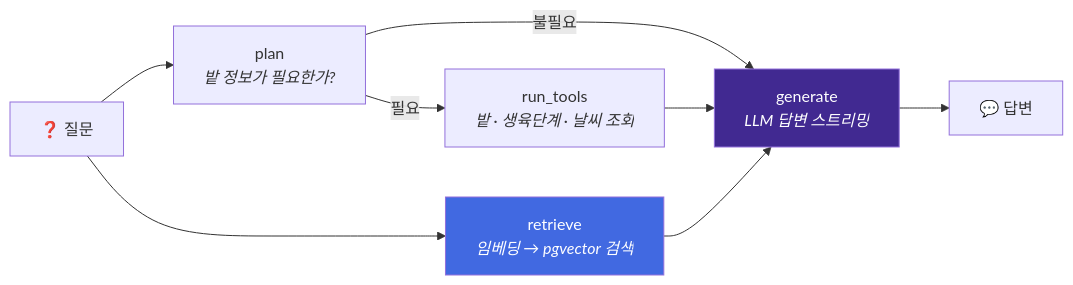
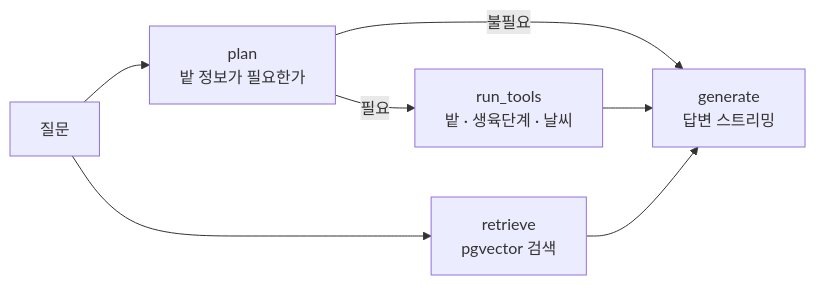
The second of 2 diagrams in README.md (pj002321/Safe-farm), drawn with Mermaid before and after one commit. The commit also changed other lines of this file and 3 other files, not shown here.

````diff
--- a/README.md
+++ b/README.md
@@ -139,13 +75,9 @@
 ```mermaid
 flowchart LR
-    Q["❓ 질문"] --> P["plan<br/><i>밭 정보가 필요한가?</i>"]
-    Q --> R["retrieve<br/><i>임베딩 → pgvector 검색</i>"]
-    P -->|"필요"| T["run_tools<br/><i>밭 · 생육단계 · 날씨 조회</i>"]
-    P -->|"불필요"| G
-    T --> G["generate<br/><i>LLM 답변 스트리밍</i>"]
+    Q[질문] --> P[plan<br/>밭 정보가 필요한가]
+    Q --> R[retrieve<br/>pgvector 검색]
+    P -->|필요| T[run_tools<br/>밭 · 생육단계 · 날씨]
+    P -->|불필요| G
+    T --> G[generate<br/>답변 스트리밍]
     R --> G
-    G --> ANS["💬 답변"]
-
-    style G fill:#412991,color:#fff
-    style R fill:#4169E1,color:#fff
 ```
````
